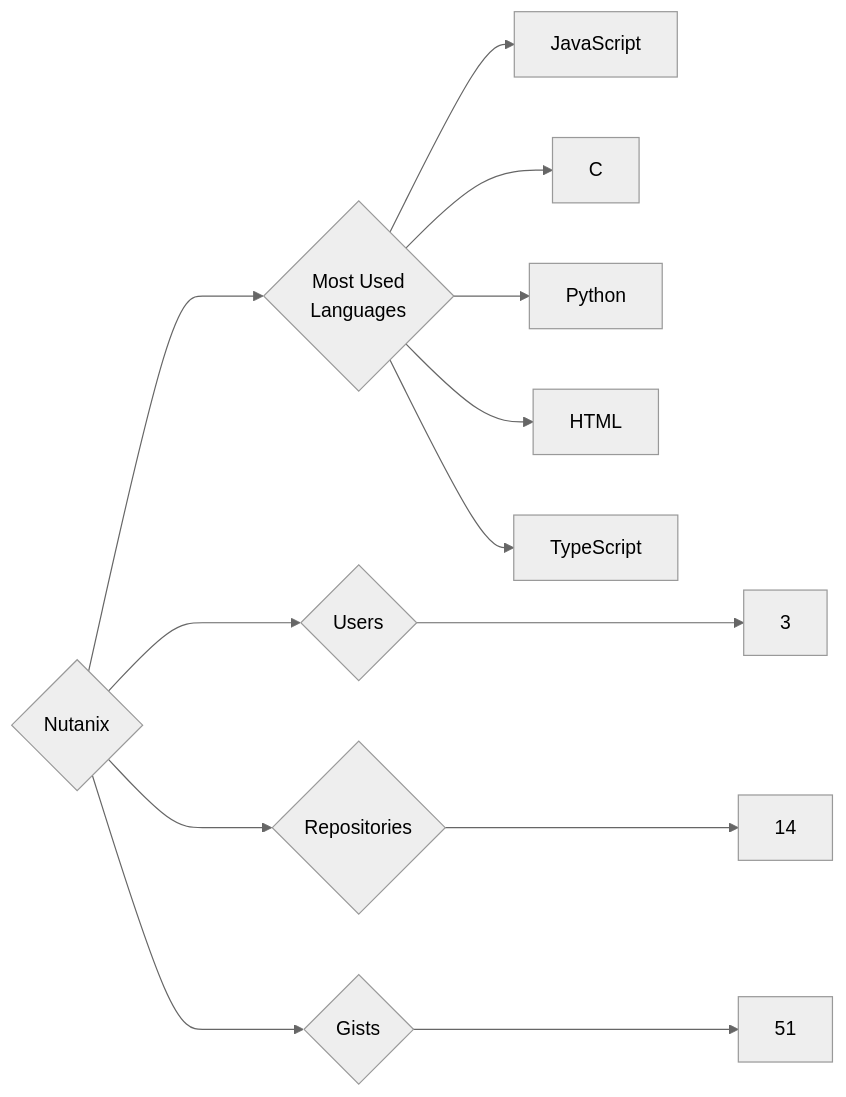
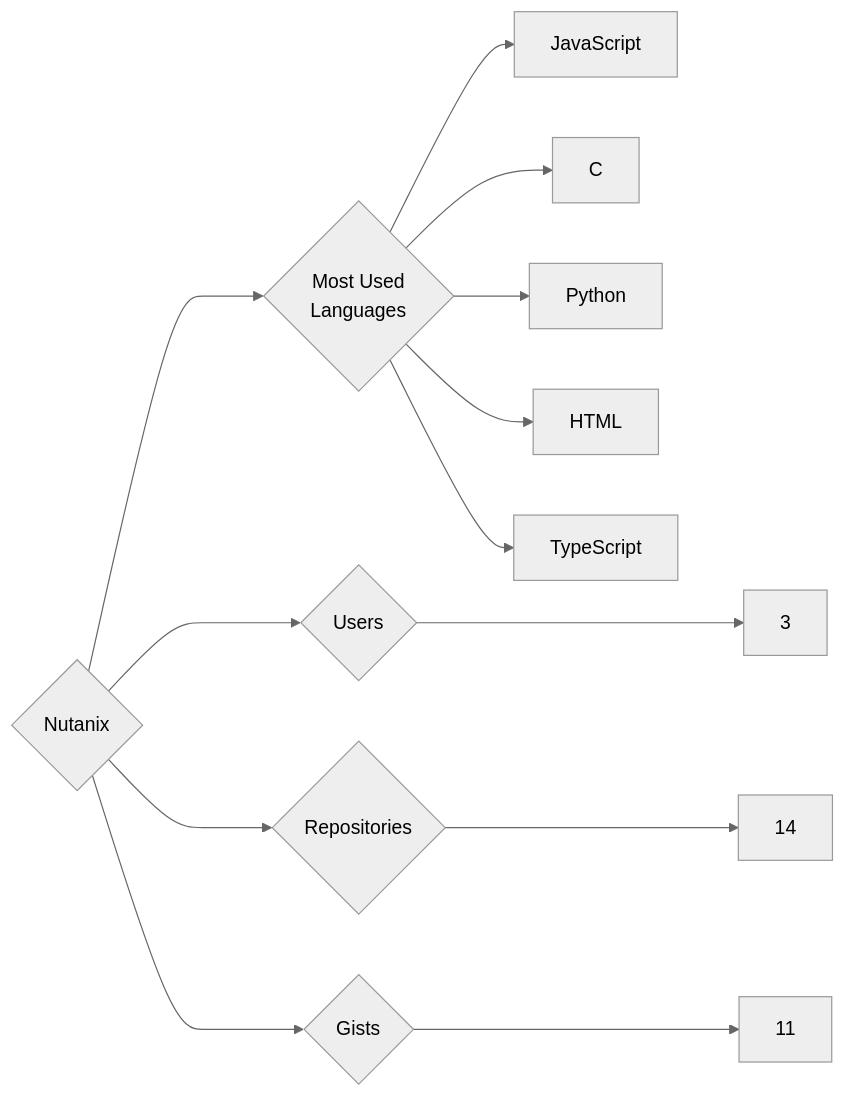
The diagram in targets/Nutanix/README.md (trickest/insiders), drawn with Mermaid (neutral theme) before and after one commit. The commit also changed 948 other files, not shown here.

````diff
--- a/targets/Nutanix/README.md
+++ b/targets/Nutanix/README.md
@@ -3,13 +3,13 @@
 ```mermaid
 graph LR
 COMPANY_NAME{Nutanix}
 COMPANY_NAME ---> U{Users} ---> UN[3]
 COMPANY_NAME ---> R{Repositories} ---> RN[14]
-COMPANY_NAME ---> G{Gists} ---> GN[51]
+COMPANY_NAME ---> G{Gists} ---> GN[11]
 COMPANY_NAME ---> ML{Most Used<br>Languages}
 ML --> JavaScript[JavaScript]
 ML --> C[C]
 ML --> Python[Python]
 ML --> HTML[HTML]
 ML --> TypeScript[TypeScript]
 ```
````
